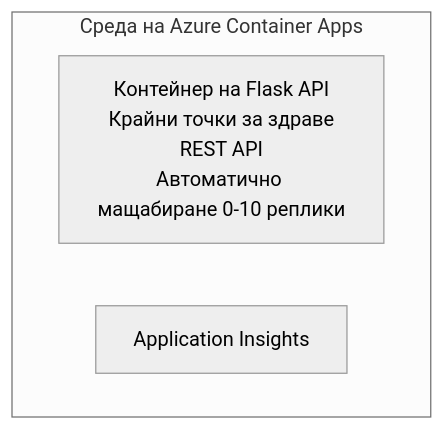
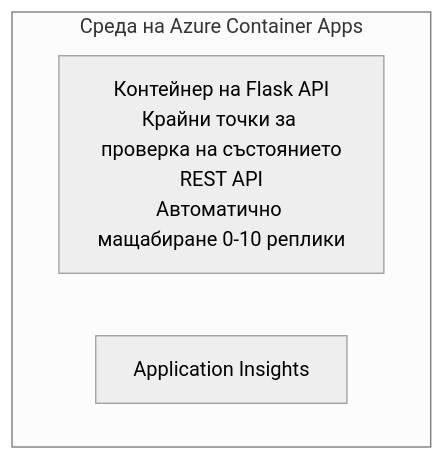
Before and after one commit to microsoft/AZD-for-beginners: the diagram in translations/bg/examples/container-app/simple-flask-api/README.md, drawn with Mermaid (neutral theme). The commit also changed other lines of this file and 104 other files, not shown here.

````diff
--- a/translations/bg/examples/container-app/simple-flask-api/README.md
+++ b/translations/bg/examples/container-app/simple-flask-api/README.md
@@ -26,7 +26,7 @@
 ```mermaid
 graph TD
     subgraph ACA[Среда на Azure Container Apps]
-        Flask[Контейнер на Flask API<br/>Крайни точки за здраве<br/>REST API<br/>Автоматично мащабиране 0-10 реплики]
+        Flask[Контейнер на Flask API<br/>Крайни точки за проверка на състоянието<br/>REST API<br/>Автоматично мащабиране 0-10 реплики]
         AppInsights[Application Insights]
     end
 ```
````
